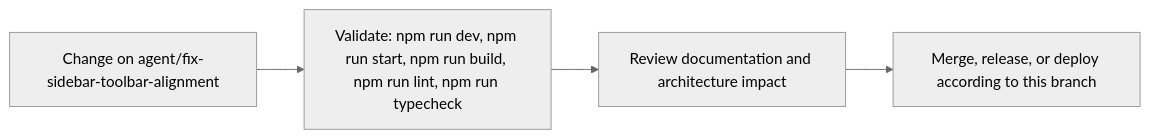
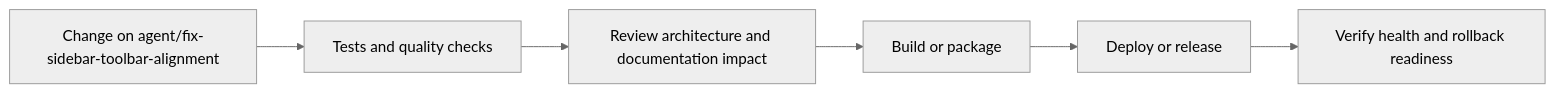
The fourth of 5 diagrams in README.md (Nischhalsubba/BindForge-NW), drawn with Mermaid (neutral theme) before and after one commit. The commit also changed other lines of this file, not shown here.

````diff
--- a/README.md
+++ b/README.md
@@ -73,8 +149,8 @@
 ```mermaid
 flowchart LR
-    CHANGE["Change on agent/fix-sidebar-toolbar-alignment"]
-    CHECK["Validate: npm run dev, npm run start, npm run build, npm run lint, npm run typecheck"]
-    REVIEW["Review documentation and architecture impact"]
-    RELEASE["Merge, release, or deploy according to this branch"]
-    CHANGE --> CHECK --> REVIEW --> RELEASE
+    CHANGE["Change on agent/fix-sidebar-toolbar-alignment"] --> CHECK["Tests and quality checks"]
+    CHECK --> REVIEW["Review architecture and documentation impact"]
+    REVIEW --> BUILD["Build or package"]
+    BUILD --> DEPLOY["Deploy or release"]
+    DEPLOY --> VERIFY["Verify health and rollback readiness"]
 ```
````
